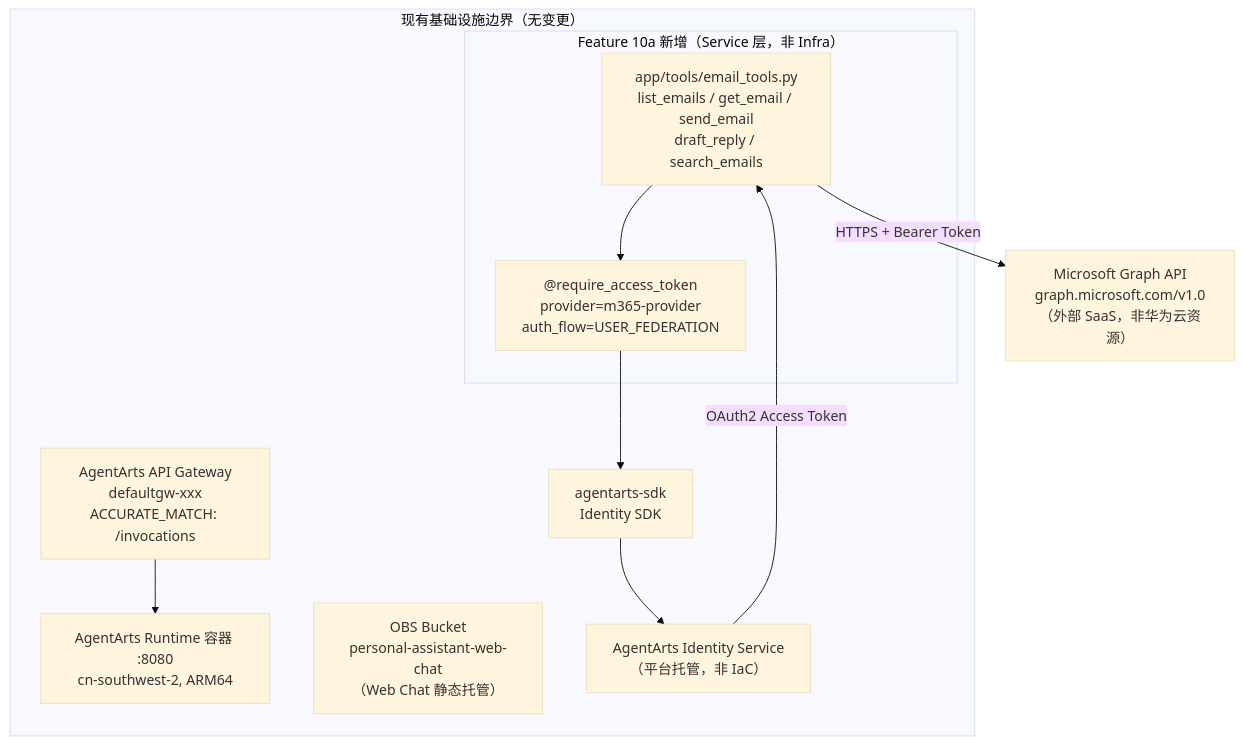
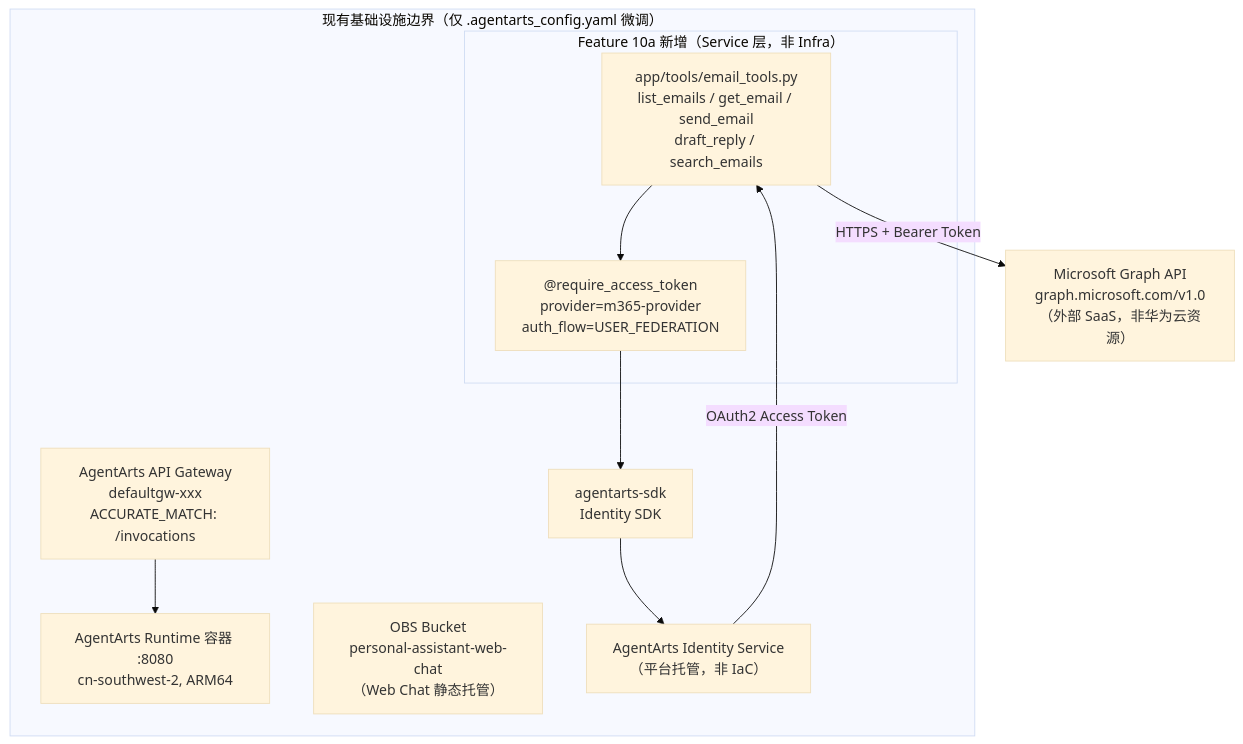
One commit to T-1009/personal-assistant changed the diagram in personal-assistant-meta/issues/features/feature-10-outbound-email-obs/infra-plan.md. Above: the diagram before and after it, drawn with Mermaid (base theme). The commit also changed other lines of this file and 2 other files, not shown here.

````diff
--- a/personal-assistant-meta/issues/features/feature-10-outbound-email-obs/infra-plan.md
+++ b/personal-assistant-meta/issues/features/feature-10-outbound-email-obs/infra-plan.md
@@ -60,23 +62,23 @@
 ```mermaid
 flowchart TB
-    subgraph Boundary["现有基础设施边界（无变更）"]
+    subgraph Boundary["现有基础设施边界（仅 .agentarts_config.yaml 微调）"]
         GW["AgentArts API Gateway<br/>defaultgw-xxx<br/>ACCURATE_MATCH: /invocations"]
         Container["AgentArts Runtime 容器 :8080<br/>cn-southwest-2, ARM64"]
         OBS["OBS Bucket<br/>personal-assistant-web-chat<br/>（Web Chat 静态托管）"]
 
         subgraph Feature10a["Feature 10a 新增（Service 层，非 Infra）"]
             Tools["app/tools/email_tools.py<br/>list_emails / get_email / send_email<br/>draft_reply / search_emails"]
             Decorator["@require_access_token<br/>provider=m365-provider<br/>auth_flow=USER_FEDERATION"]
         end
 
         SDK["agentarts-sdk<br/>Identity SDK"]
         IdSvc["AgentArts Identity Service<br/>（平台托管，非 IaC）"]
     end
 
     External["Microsoft Graph API<br/>graph.microsoft.com/v1.0<br/>（外部 SaaS，非华为云资源）"]
 
     Tools --> Decorator --> SDK --> IdSvc
     IdSvc -->|"OAuth2 Access Token"| Tools
     Tools -->|"HTTPS + Bearer Token"| External
     GW --> Container
 ```
````
